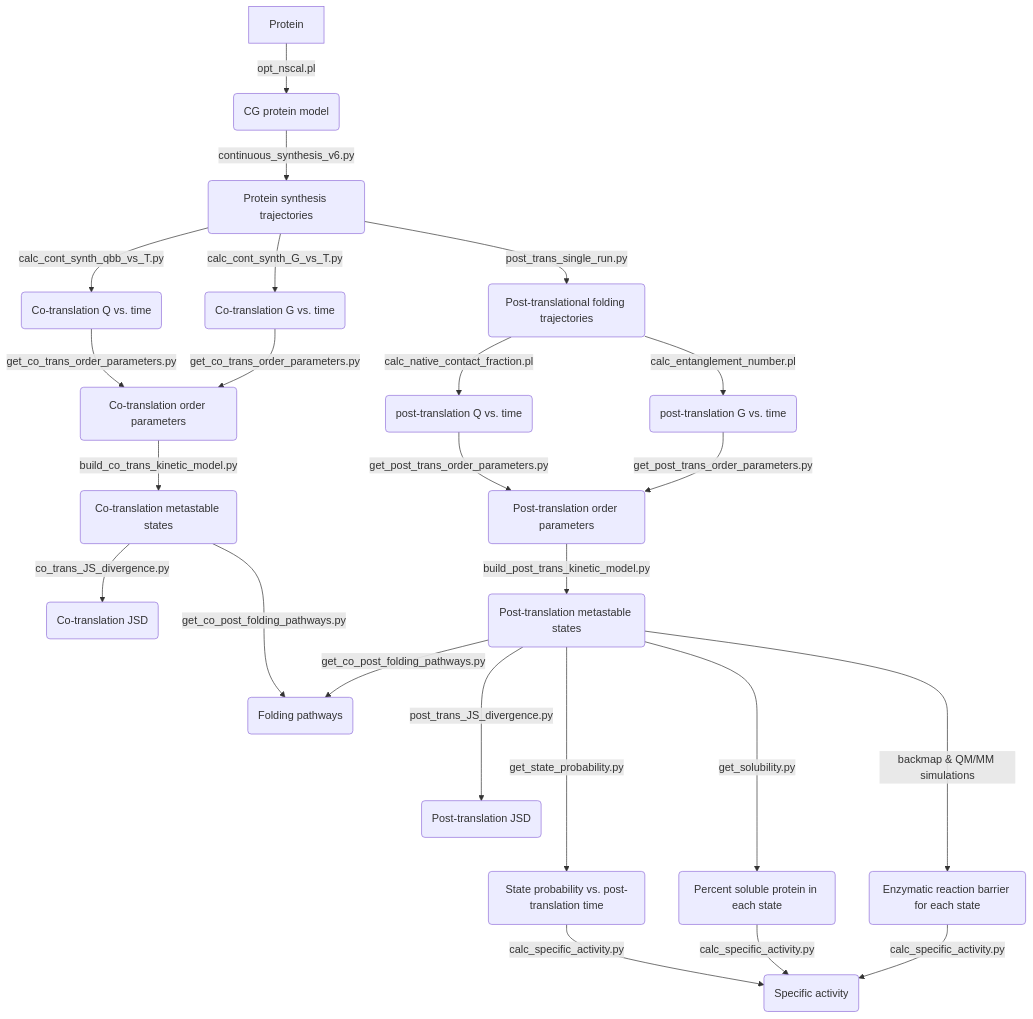
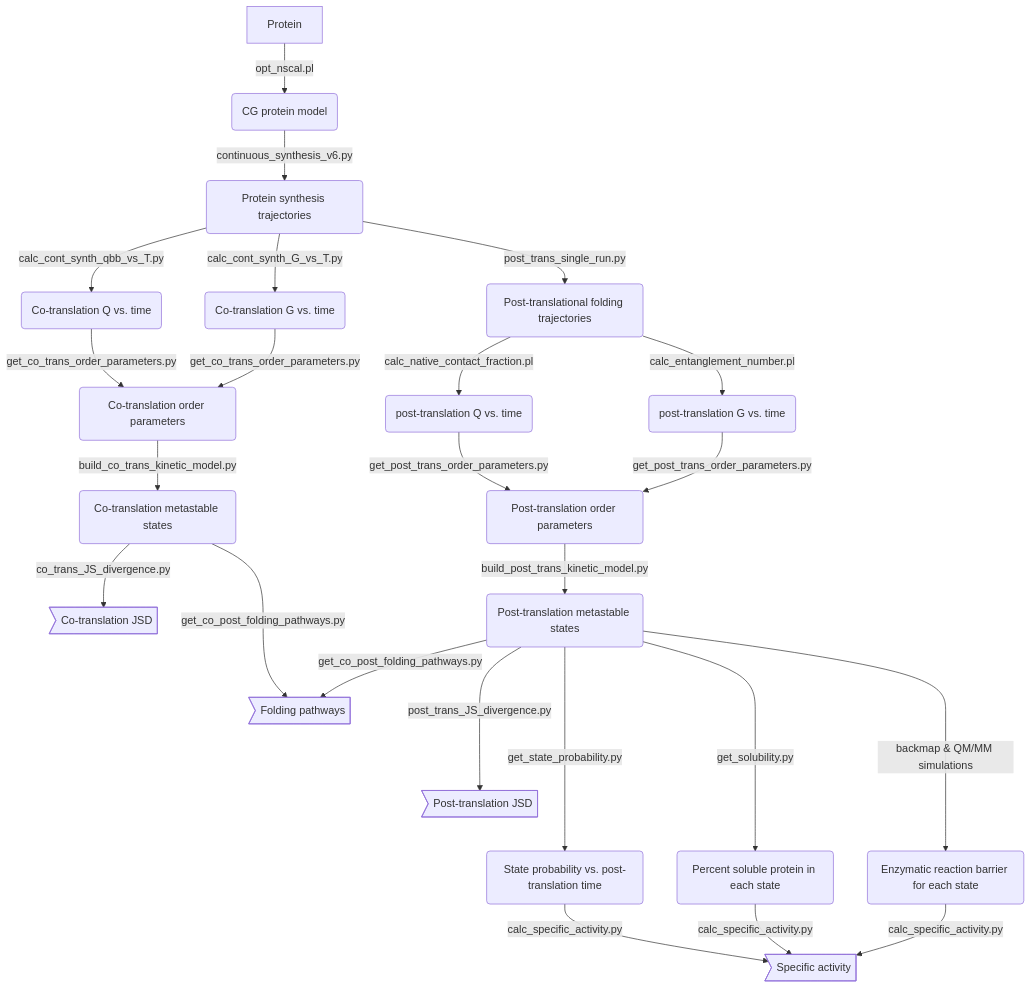
The diagram in README.md (obrien-lab/cg_simtk_protein_folding), drawn with Mermaid before and after one commit.

````diff
--- a/README.md
+++ b/README.md
@@ -162,24 +162,24 @@
 ```mermaid
 graph TD
     A[Protein] -->|opt_nscal.pl| B(CG protein model)
     B --> |continuous_synthesis_v6.py| C(Protein synthesis trajectories)
     C --> |post_trans_single_run.py| D(Post-translational folding trajectories)
     C --> |calc_cont_synth_qbb_vs_T.py| E(Co-translation Q vs. time)
     C --> |calc_cont_synth_G_vs_T.py| F(Co-translation G vs. time)
     D --> |calc_native_contact_fraction.pl| G(post-translation Q vs. time)
     D --> |calc_entanglement_number.pl| H(post-translation G vs. time)
     E --> |get_co_trans_order_parameters.py| I(Co-translation order parameters)
     F --> |get_co_trans_order_parameters.py| I
     I --> |build_co_trans_kinetic_model.py| J(Co-translation metastable states)
-    J --> |co_trans_JS_divergence.py| K(Co-translation JSD)
+    J --> |co_trans_JS_divergence.py| K>Co-translation JSD]
     G --> |get_post_trans_order_parameters.py| L(Post-translation order parameters)
     H --> |get_post_trans_order_parameters.py| L
     L --> |build_post_trans_kinetic_model.py| M(Post-translation metastable states)
-    J & M --> |get_co_post_folding_pathways.py| O(Folding pathways)
-    M ---> |post_trans_JS_divergence.py| N(Post-translation JSD)
+    J & M --> |get_co_post_folding_pathways.py| O>Folding pathways]
+    M ---> |post_trans_JS_divergence.py| N>Post-translation JSD]
     M ----> |get_state_probability.py| P(State probability vs. post-translation time)
     M ----> |get_solubility.py| Q(Percent soluble protein in each state)
     M ----> |backmap & QM/MM simulations| R(Enzymatic reaction barrier for each state)
-    P & Q & R --> |calc_specific_activity.py| S(Specific activity)
+    P & Q & R --> |calc_specific_activity.py| S>Specific activity]
 
 ```
````
